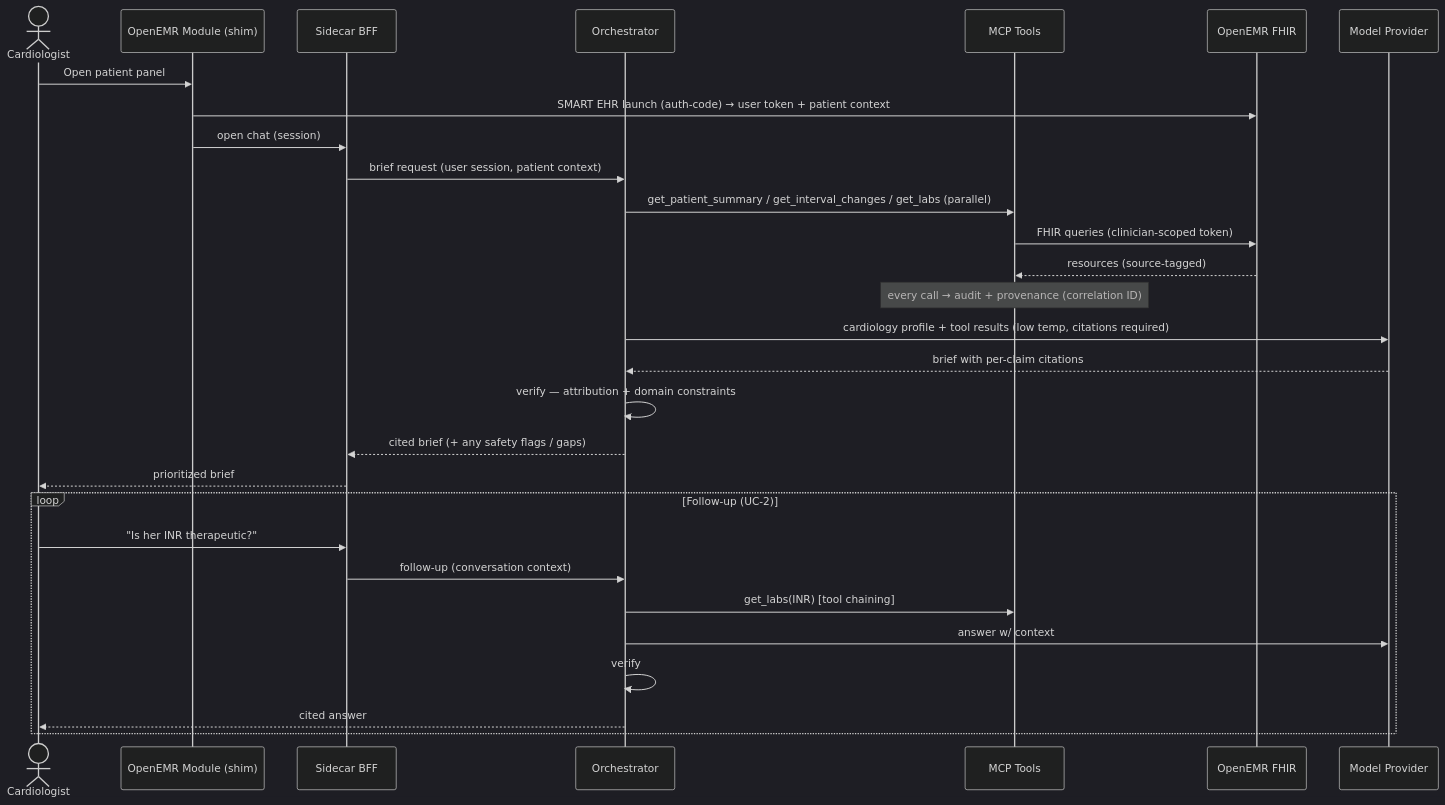
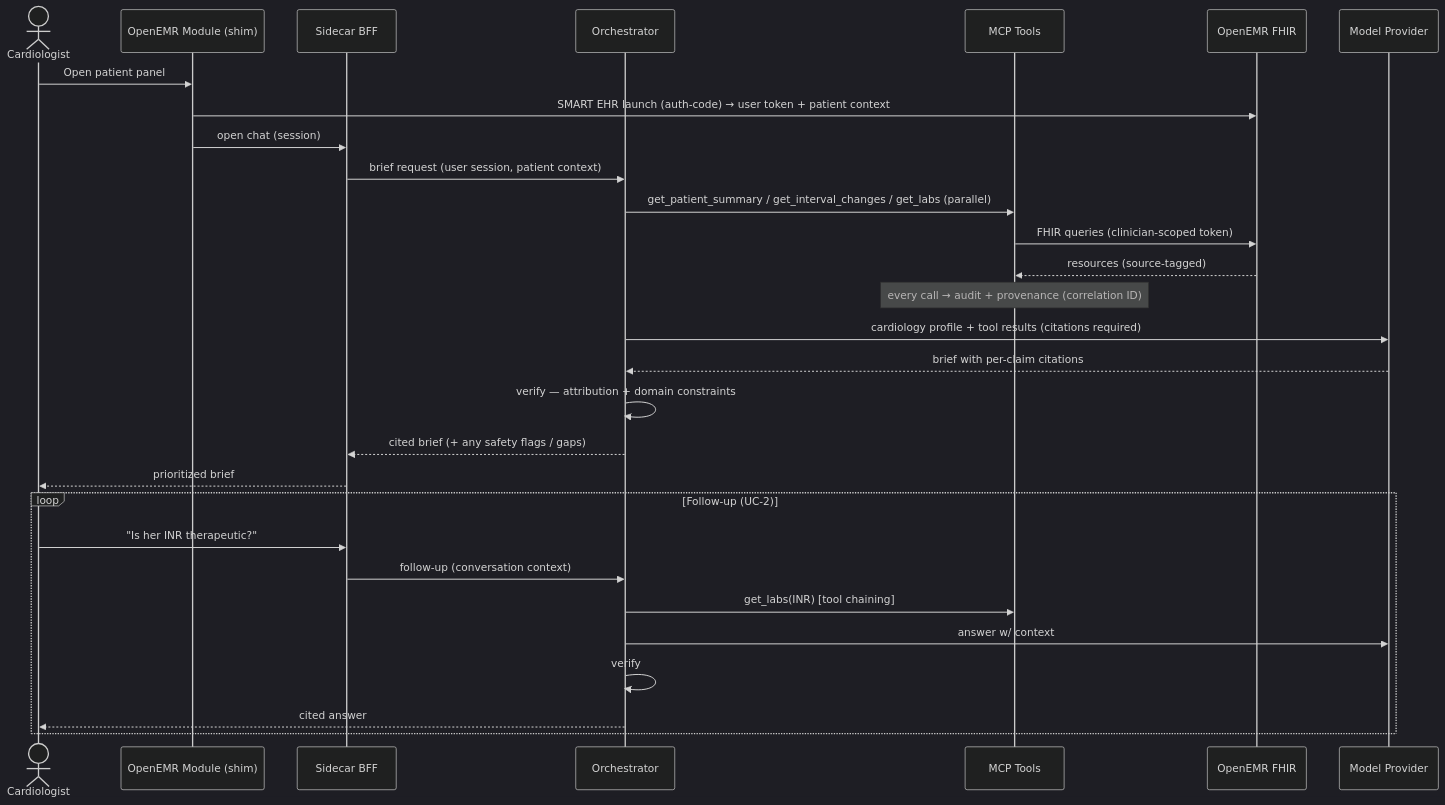
Before and after one commit to adammarquette/agent-forge-copilot: the second of 4 diagrams in documentation/ARCHITECTURE.md, drawn with Mermaid (dark theme). The commit also changed other lines of this file, not shown here.

First line of the commit message:
docs: drop deprecated low-temperature refs and MedicationDispense from ARCHITECTURE.md

````diff
--- a/documentation/ARCHITECTURE.md
+++ b/documentation/ARCHITECTURE.md
@@ -270,32 +270,32 @@
 ```mermaid
 sequenceDiagram
     actor MD as Cardiologist
     participant Mod as OpenEMR Module (shim)
     participant BFF as Sidecar BFF
     participant Orch as Orchestrator
     participant MCP as MCP Tools
     participant FHIR as OpenEMR FHIR
     participant LLM as Model Provider
 
     MD->>Mod: Open patient panel
     Mod->>FHIR: SMART EHR launch (auth-code) → user token + patient context
     Mod->>BFF: open chat (session)
     BFF->>Orch: brief request (user session, patient context)
     Orch->>MCP: get_patient_summary / get_interval_changes / get_labs (parallel)
     MCP->>FHIR: FHIR queries (clinician-scoped token)
     FHIR-->>MCP: resources (source-tagged)
     Note over MCP: every call → audit + provenance (correlation ID)
-    Orch->>LLM: cardiology profile + tool results (low temp, citations required)
+    Orch->>LLM: cardiology profile + tool results (citations required)
     LLM-->>Orch: brief with per-claim citations
     Orch->>Orch: verify — attribution + domain constraints
     Orch-->>BFF: cited brief (+ any safety flags / gaps)
     BFF-->>MD: prioritized brief
     loop Follow-up (UC-2)
         MD->>BFF: "Is her INR therapeutic?"
         BFF->>Orch: follow-up (conversation context)
         Orch->>MCP: get_labs(INR) [tool chaining]
         Orch->>LLM: answer w/ context
         Orch->>Orch: verify
         Orch-->>MD: cited answer
     end
 ```
````
